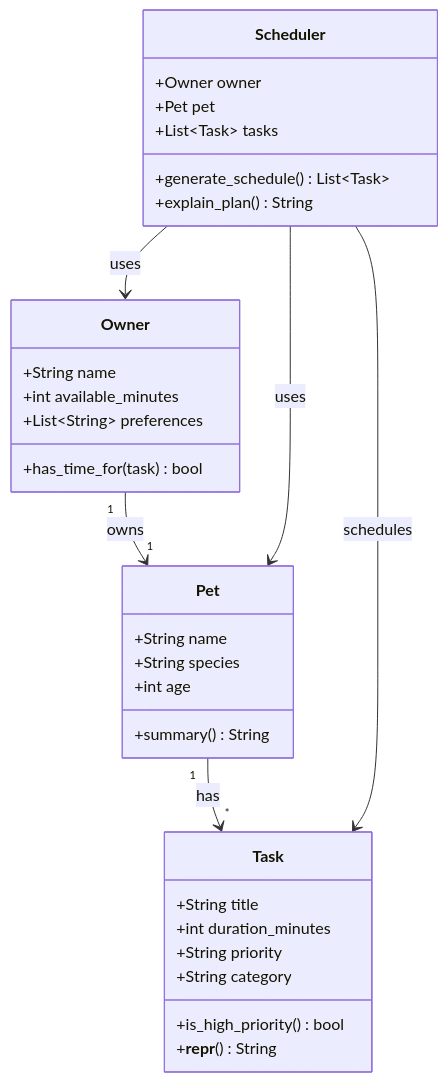
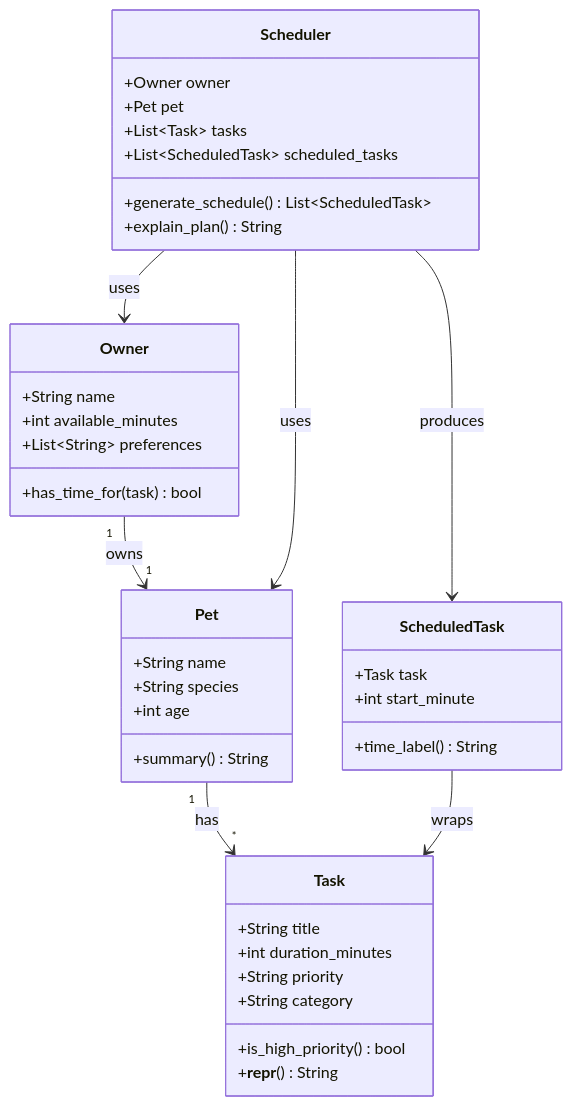
One commit to shuja-waraich-03/ai110-module2show-pawpal-starter changed the diagram in class_diagram.md. Above: the diagram before and after it, drawn with Mermaid. The commit also changed 4 other files, not shown here.

````diff
--- a/class_diagram.md
+++ b/class_diagram.md
@@ -1,39 +1,47 @@
 ```mermaid
 classDiagram
     class Owner {
         +String name
         +int available_minutes
         +List~String~ preferences
         +has_time_for(task) bool
     }
 
     class Pet {
         +String name
         +String species
         +int age
         +summary() String
     }
 
     class Task {
         +String title
         +int duration_minutes
         +String priority
         +String category
         +is_high_priority() bool
         +__repr__() String
     }
 
+    class ScheduledTask {
+        +Task task
+        +int start_minute
+        +time_label() String
+    }
+
     class Scheduler {
         +Owner owner
         +Pet pet
         +List~Task~ tasks
-        +generate_schedule() List~Task~
+        +List~ScheduledTask~ scheduled_tasks
+        +generate_schedule() List~ScheduledTask~
         +explain_plan() String
     }
 
     Owner "1" --> "1" Pet : owns
     Pet "1" --> "*" Task : has
+    ScheduledTask --> Task : wraps
     Scheduler --> Owner : uses
     Scheduler --> Pet : uses
-    Scheduler --> Task : schedules
+    Scheduler --> ScheduledTask : produces
 ```
````
